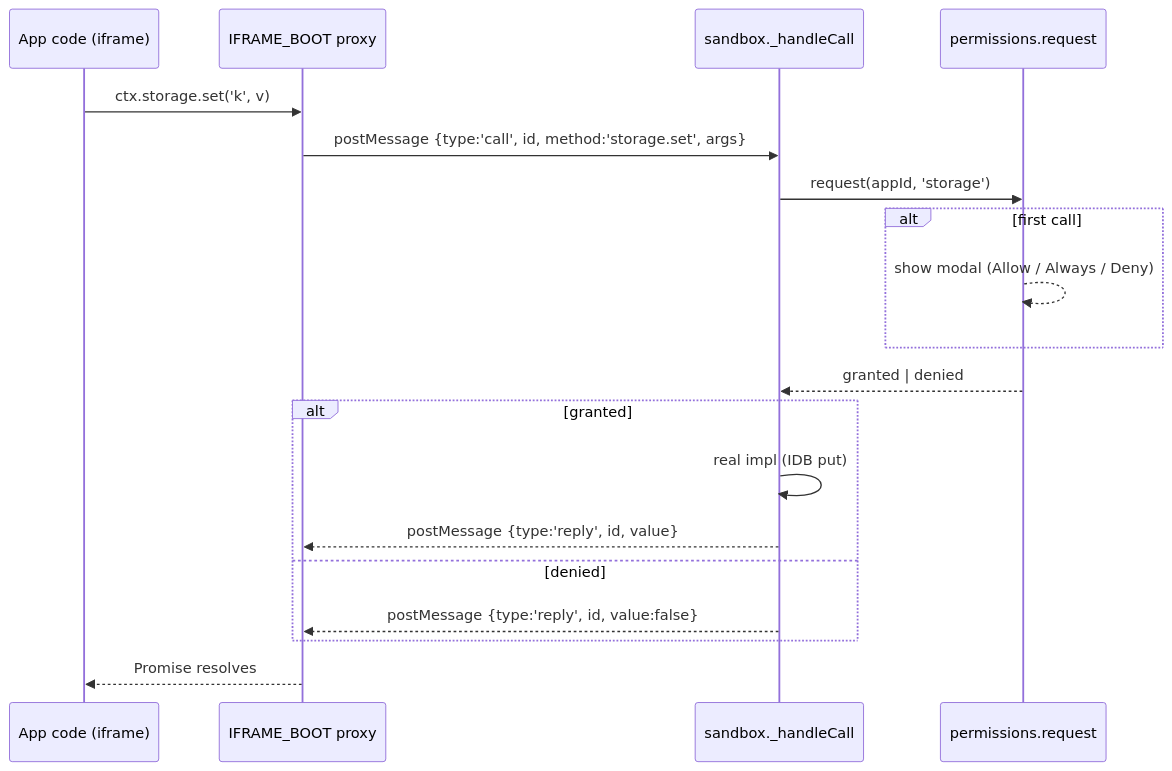
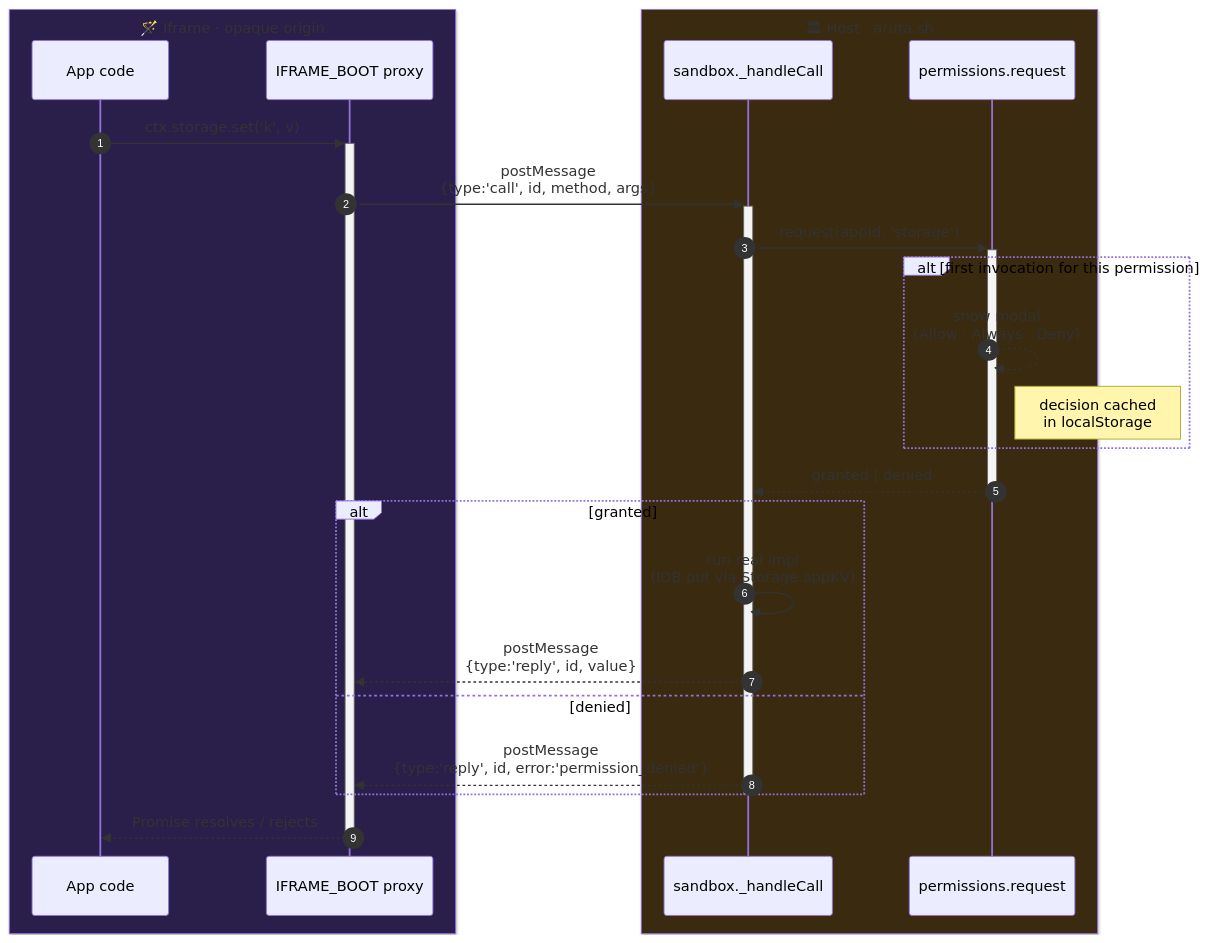
One commit to Arutosio/aruta.sh changed the second of 2 diagrams in docs/architecture.md. Above: the diagram before and after it, drawn with Mermaid.

Commit message:
docs: sequence diagram — actor grouping, activation bars, numbered steps, cache note

````diff
--- a/docs/architecture.md
+++ b/docs/architecture.md
@@ -61,47 +61,59 @@
 ```mermaid
 %%{init: {
   "theme": "base",
   "themeVariables": {
     "fontFamily": "Georgia, 'IM Fell English', serif",
     "fontSize": "13px",
     "primaryColor": "#2a1f4a",
     "primaryTextColor": "#ede5ff",
     "primaryBorderColor": "#a78bfa",
     "secondaryColor": "#3a2a0f",
     "tertiaryColor": "#1a0f2e",
     "lineColor": "#ffc857",
     "actorBkg": "#2a1f4a",
     "actorBorder": "#ffc857",
     "actorTextColor": "#ffe4a0",
     "actorLineColor": "#ffc857",
     "signalColor": "#ffe4a0",
     "signalTextColor": "#ffe4a0",
     "labelBoxBkgColor": "#3b2a5c",
     "labelBoxBorderColor": "#ffc857",
     "labelTextColor": "#ffe4a0",
     "noteBkgColor": "#3a2a0f",
     "noteTextColor": "#ffd8b0",
     "noteBorderColor": "#fb923c",
     "altBackground": "#0f2e1a"
   }
 }}%%
 sequenceDiagram
-    participant App as App code (iframe)
+    autonumber
+    box rgb(42,31,74) 🪄 Iframe · opaque origin
+    participant App as App code
     participant Boot as IFRAME_BOOT proxy
+    end
+    box rgb(58,42,15) 🏛 Host · aruta.sh
     participant Host as sandbox._handleCall
     participant Perm as permissions.request
-    App->>Boot: ctx.storage.set('k', v)
-    Boot->>Host: postMessage {type:'call', id, method:'storage.set', args}
-    Host->>Perm: request(appId, 'storage')
-    alt first call
-        Perm-->>Perm: show modal (Allow / Always / Deny)
     end
-    Perm-->>Host: granted | denied
+
+    App->>+Boot: ctx.storage.set('k', v)
+    Boot->>+Host: postMessage<br/>{type:'call', id, method, args}
+    Host->>+Perm: request(appId, 'storage')
+
+    alt first invocation for this permission
+        Perm-->>Perm: show modal<br/>(Allow · Always · Deny)
+        Note right of Perm: decision cached<br/>in localStorage
+    end
+
+    Perm-->>-Host: granted | denied
+
     alt granted
-        Host->>Host: real impl (IDB put)
-        Host-->>Boot: postMessage {type:'reply', id, value}
+        Host->>Host: run real impl<br/>(IDB put via Storage.appKV)
+        Host-->>Boot: postMessage<br/>{type:'reply', id, value}
     else denied
-        Host-->>Boot: postMessage {type:'reply', id, value:false}
+        Host-->>Boot: postMessage<br/>{type:'reply', id, error:'permission_denied'}
     end
-    Boot-->>App: Promise resolves
+    deactivate Host
+
+    Boot-->>-App: Promise resolves / rejects
 ```
````
